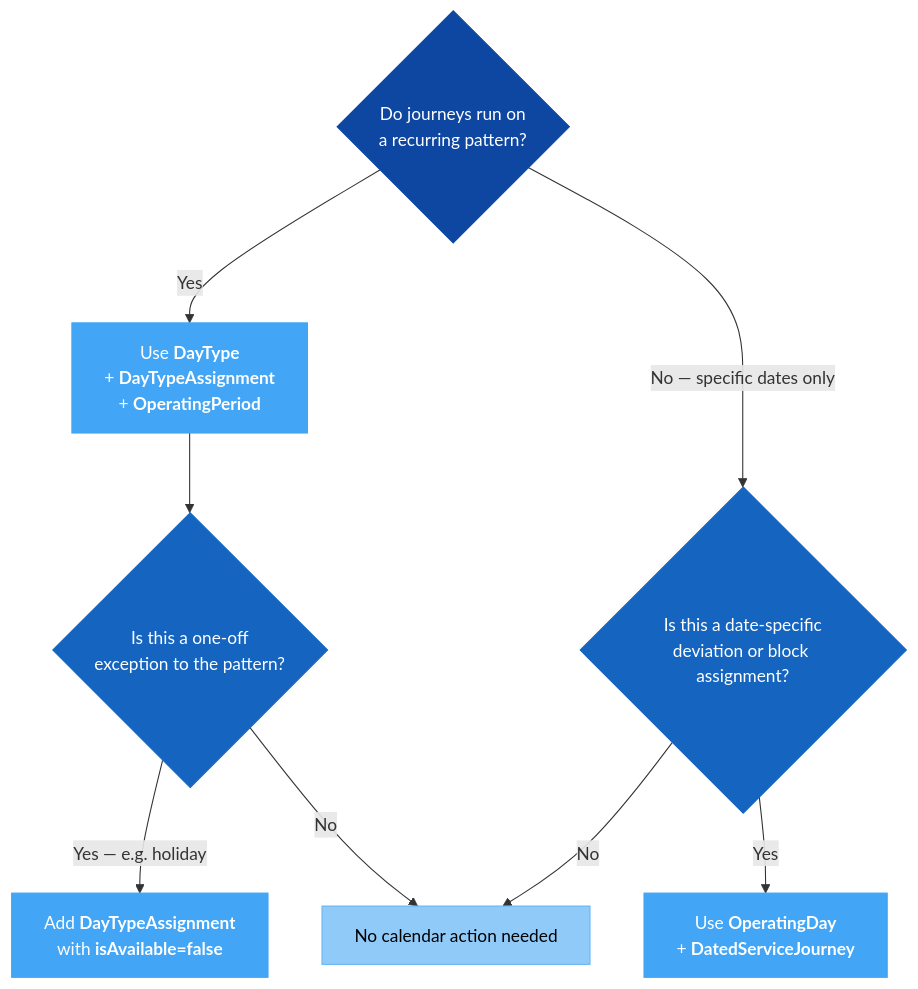
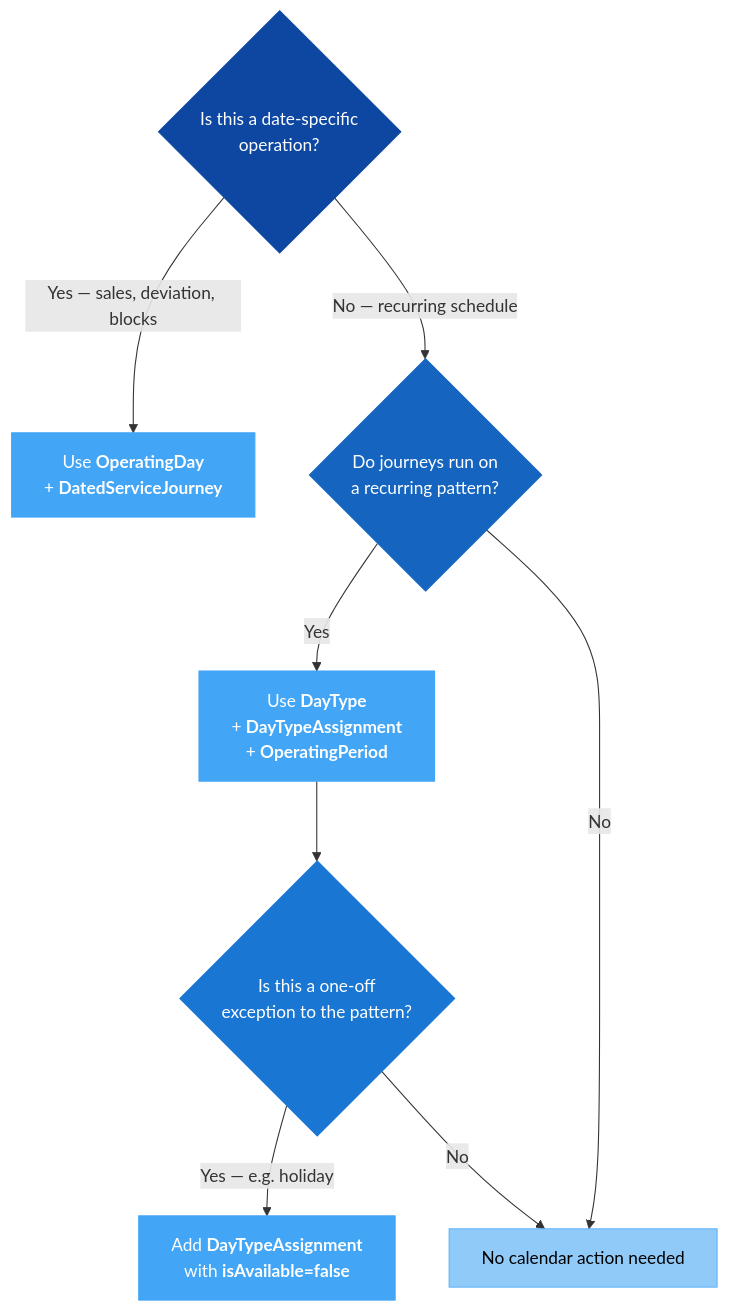
Before and after one commit to hfjelstad/NeTEx-Nordic: the second of 2 diagrams in Guides/Calendar/Calendar_Guide.md, drawn with Mermaid. The commit also changed other lines of this file, not shown here.

Commit message:
docs(Calendar): mark as technical guide, reorder date-based before pattern-based

````diff
--- a/Guides/Calendar/Calendar_Guide.md
+++ b/Guides/Calendar/Calendar_Guide.md
@@ -171,27 +194,27 @@
 ```mermaid
 flowchart TD
-    Q1{"Do journeys run on<br/>a recurring pattern?"}
-    Q2{"Is this a one-off<br/>exception to the pattern?"}
-    Q3{"Is this a date-specific<br/>deviation or block assignment?"}
+    Q1{"Is this a date-specific<br/>operation?"}
+    Q2{"Do journeys run on<br/>a recurring pattern?"}
+    Q3{"Is this a one-off<br/>exception to the pattern?"}
 
-    A1["Use <b>DayType</b><br/>+ <b>DayTypeAssignment</b><br/>+ <b>OperatingPeriod</b>"]
-    A2["Add <b>DayTypeAssignment</b><br/>with <b>isAvailable=false</b>"]
-    A3["Use <b>OperatingDay</b><br/>+ <b>DatedServiceJourney</b>"]
+    A1["Use <b>OperatingDay</b><br/>+ <b>DatedServiceJourney</b>"]
+    A2["Use <b>DayType</b><br/>+ <b>DayTypeAssignment</b><br/>+ <b>OperatingPeriod</b>"]
+    A3["Add <b>DayTypeAssignment</b><br/>with <b>isAvailable=false</b>"]
     A4["No calendar action needed"]
 
-    Q1 -->|"Yes"| A1
-    Q1 -->|"No — specific dates only"| Q3
-    A1 --> Q2
-    Q2 -->|"Yes — e.g. holiday"| A2
+    Q1 -->|"Yes — sales, deviation, blocks"| A1
+    Q1 -->|"No — recurring schedule"| Q2
+    Q2 -->|"Yes"| A2
     Q2 -->|"No"| A4
-    Q3 -->|"Yes"| A3
+    A2 --> Q3
+    Q3 -->|"Yes — e.g. holiday"| A3
     Q3 -->|"No"| A4
 
     style Q1 fill:#0D47A1,stroke:#0D47A1,color:#fff
     style Q2 fill:#1565C0,stroke:#1565C0,color:#fff
-    style Q3 fill:#1565C0,stroke:#1565C0,color:#fff
+    style Q3 fill:#1976D2,stroke:#1976D2,color:#fff
     style A1 fill:#42A5F5,stroke:#42A5F5,color:#fff
     style A2 fill:#42A5F5,stroke:#42A5F5,color:#fff
     style A3 fill:#42A5F5,stroke:#42A5F5,color:#fff
     style A4 fill:#90CAF9,stroke:#64B5F6,color:#000
 ```
````
